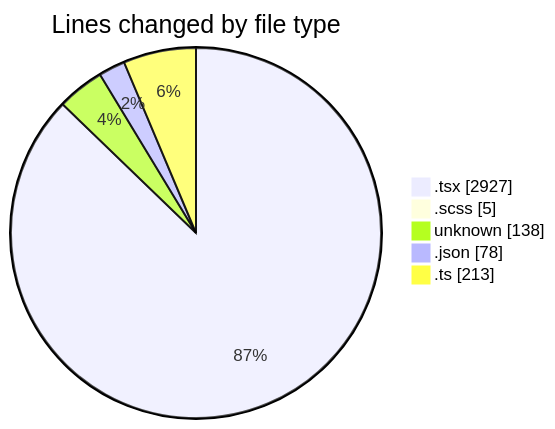
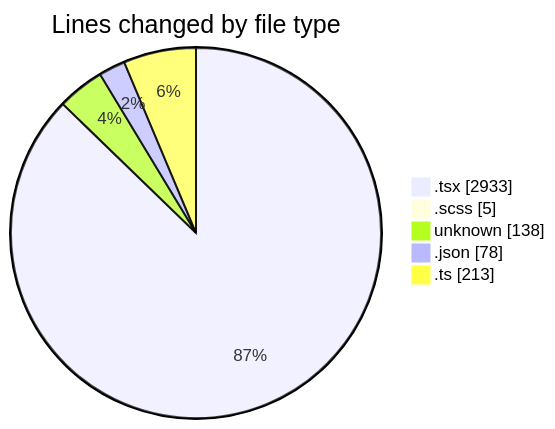
One commit to momahboobian/code-tracking changed the first of 2 diagrams in 2026-10-13/cda/README.md. Above: the diagram before and after it, drawn with Mermaid. The commit also changed other lines of this file and 1 other file, not shown here.

````diff
--- a/2026-10-13/cda/README.md
+++ b/2026-10-13/cda/README.md
@@ -38,9 +38,9 @@
 ```mermaid
 pie showData
 title Lines changed by file type
-".tsx" : 2927
+".tsx" : 2933
 ".scss" : 5
 "unknown" : 138
 ".json" : 78
 ".ts" : 213
 ```
````
